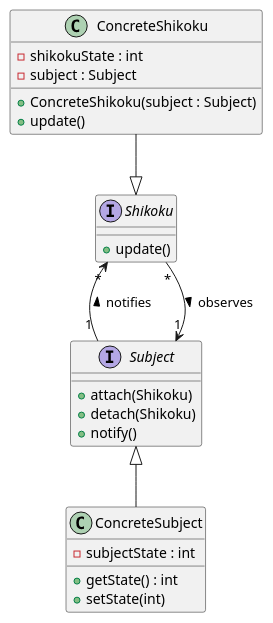
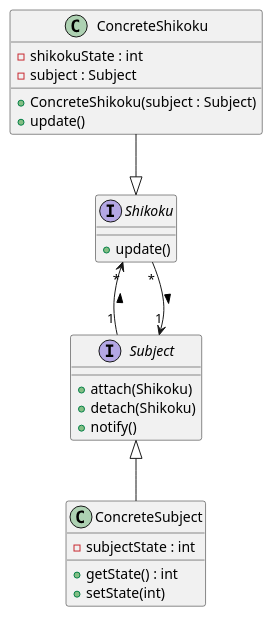
Before and after one commit to Dungeon-CampusMinden/Dungeon: the diagram in dojo-dungeon/todo-assets/Fragen_Pattern/UML_Klassendiagramm6_source.pu, drawn with PlantUML. The commit also changed 7 other files, not shown here.

```diff
--- a/dojo-dungeon/todo-assets/Fragen_Pattern/UML_Klassendiagramm6_source.pu
+++ b/dojo-dungeon/todo-assets/Fragen_Pattern/UML_Klassendiagramm6_source.pu
@@ -1,36 +1,36 @@
 @startuml UML_Klassendiagramm6.png
 ' Interface Klassen
 interface Subject {
     + attach(Shikoku)
     + detach(Shikoku)
     + notify()
 }
 
 interface Shikoku {
     + update()
 }
 
 ' Konkrete Klassen
 class ConcreteSubject {
     - subjectState : int
     + getState() : int
     + setState(int)
 }
 
 class ConcreteShikoku {
     - shikokuState : int
     - subject : Subject
     + ConcreteShikoku(subject : Subject)
     + update()
 }
 
 ' Vererbungen
 ConcreteShikoku --|> Shikoku
 Subject <|-- ConcreteSubject
 
 ' Assoziationen
 Shikoku -[hidden]- Subject
-Shikoku "*" <-- "1" Subject : notifies <
+Shikoku "*" <-- "1" Subject : <
 Shikoku -[hidden]- Subject
-Shikoku "*" --> "1" Subject : observes >
+Shikoku "*" --> "1" Subject : >
 @enduml
```
